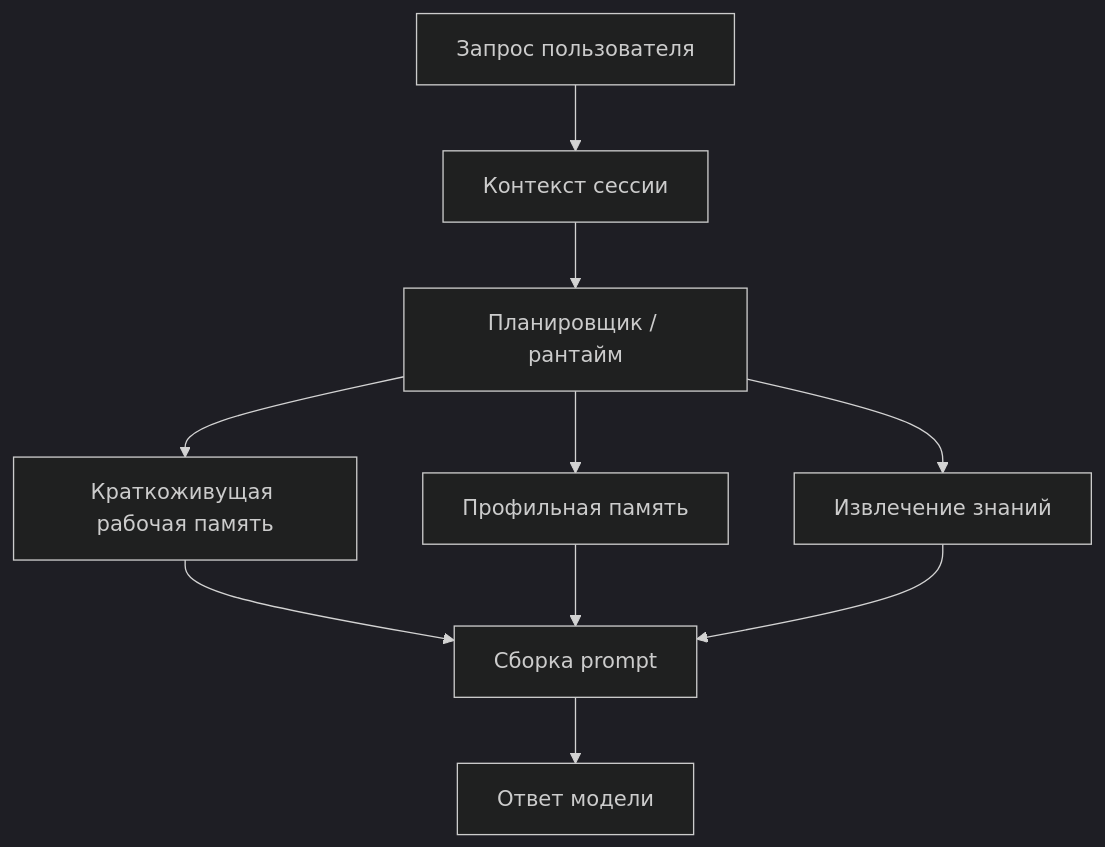
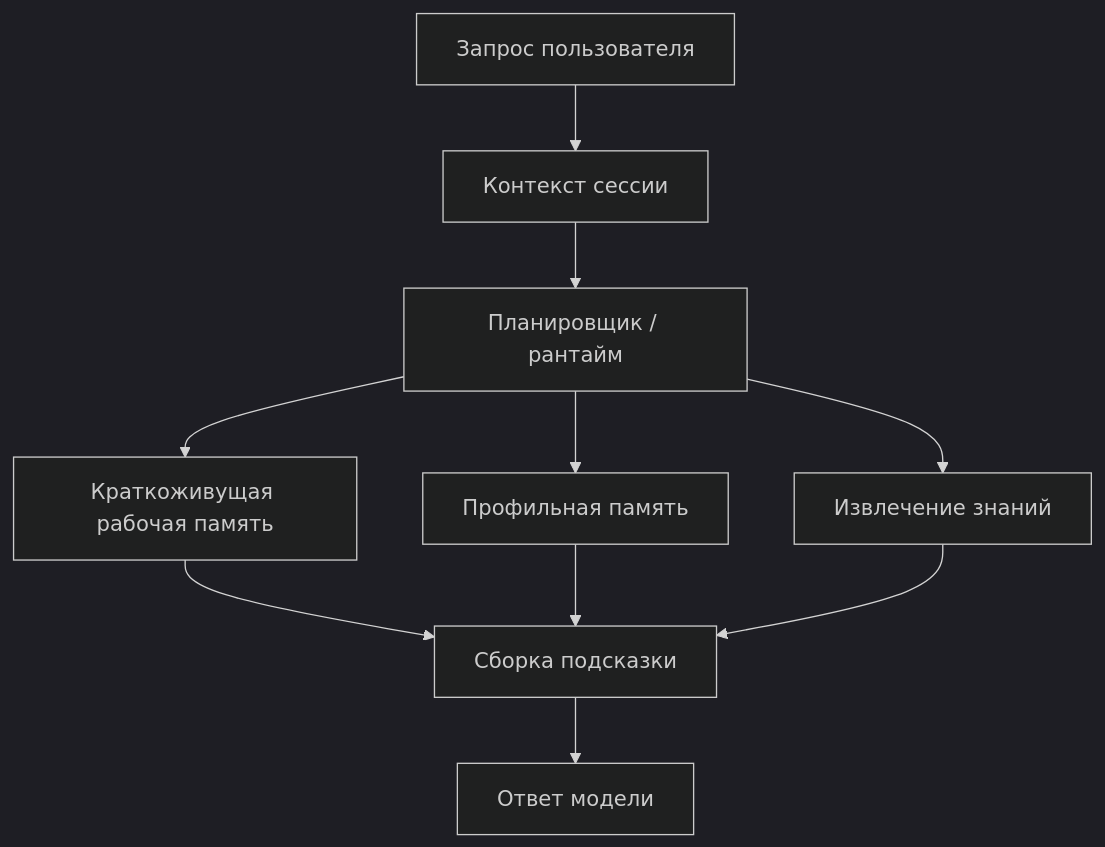
One commit to agent-axiom/agent-arch changed the diagram in docs/book/part-iii/chapter-5.md. Above: the diagram before and after it, drawn with Mermaid (dark theme). The commit also changed other lines of this file, not shown here.

````diff
--- a/docs/book/part-iii/chapter-5.md
+++ b/docs/book/part-iii/chapter-5.md
@@ -60,12 +60,12 @@
 ``` mermaid
 flowchart TD
     A["Запрос пользователя"] --> B["Контекст сессии"]
     B --> C["Планировщик / рантайм"]
     C --> D["Краткоживущая рабочая память"]
     C --> E["Профильная память"]
     C --> F["Извлечение знаний"]
-    D --> G["Сборка prompt"]
+    D --> G["Сборка подсказки"]
     E --> G
     F --> G
     G --> H["Ответ модели"]
 ```
````
